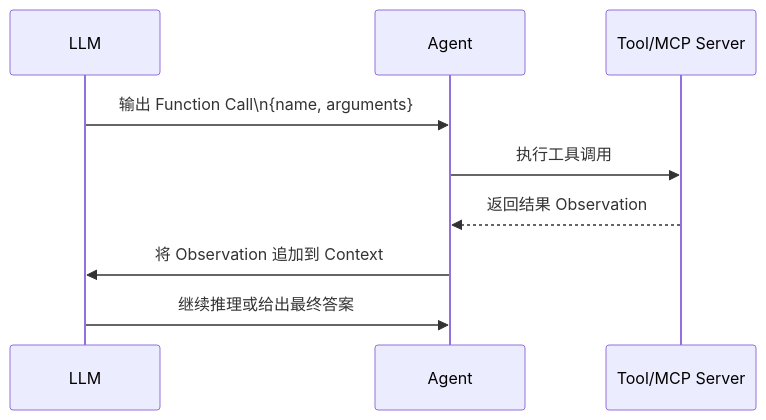
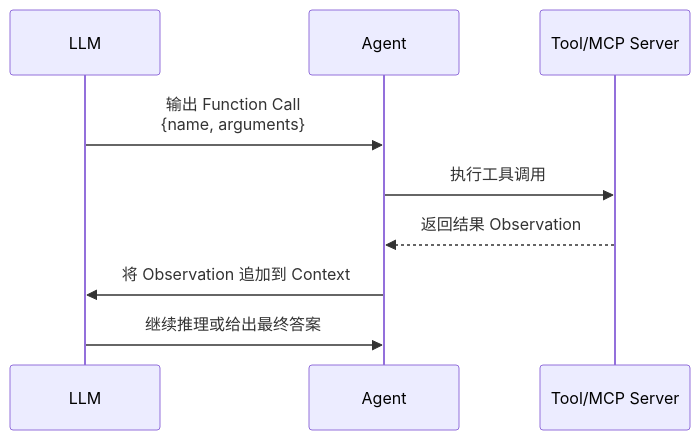
Before and after one commit to geekchow/technical-knowledge: the eighth of 11 diagrams in ai/concepts/AI核心概念梳理-LLM-Prompt-Agent-RAG-MCP-Skill-Context-Harness.md, drawn with Mermaid. The commit also changed other lines of this file and 9 other files, not shown here.

Commit message:
fix mermaid label store issue.

````diff
--- a/ai/concepts/AI核心概念梳理-LLM-Prompt-Agent-RAG-MCP-Skill-Context-Harness.md
+++ b/ai/concepts/AI核心概念梳理-LLM-Prompt-Agent-RAG-MCP-Skill-Context-Harness.md
@@ -218,12 +218,12 @@
 ```mermaid
 sequenceDiagram
     participant LLM
     participant Agent
     participant Tool as Tool/MCP Server
 
-    LLM->>Agent: 输出 Function Call\n{name, arguments}
+    LLM->>Agent: 输出 Function Call<br/>{name, arguments}
     Agent->>Tool: 执行工具调用
     Tool-->>Agent: 返回结果 Observation
     Agent->>LLM: 将 Observation 追加到 Context
     LLM->>Agent: 继续推理或给出最终答案
 ```
````
